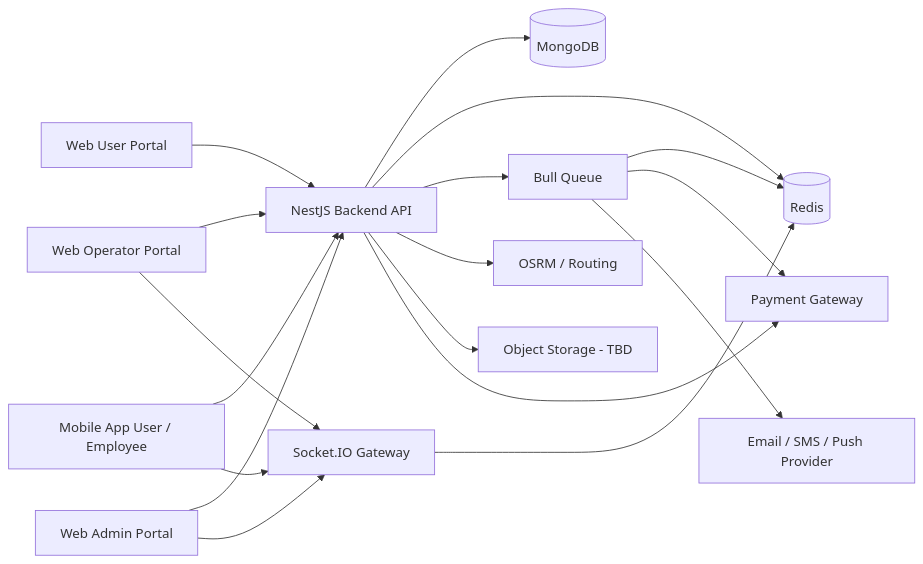
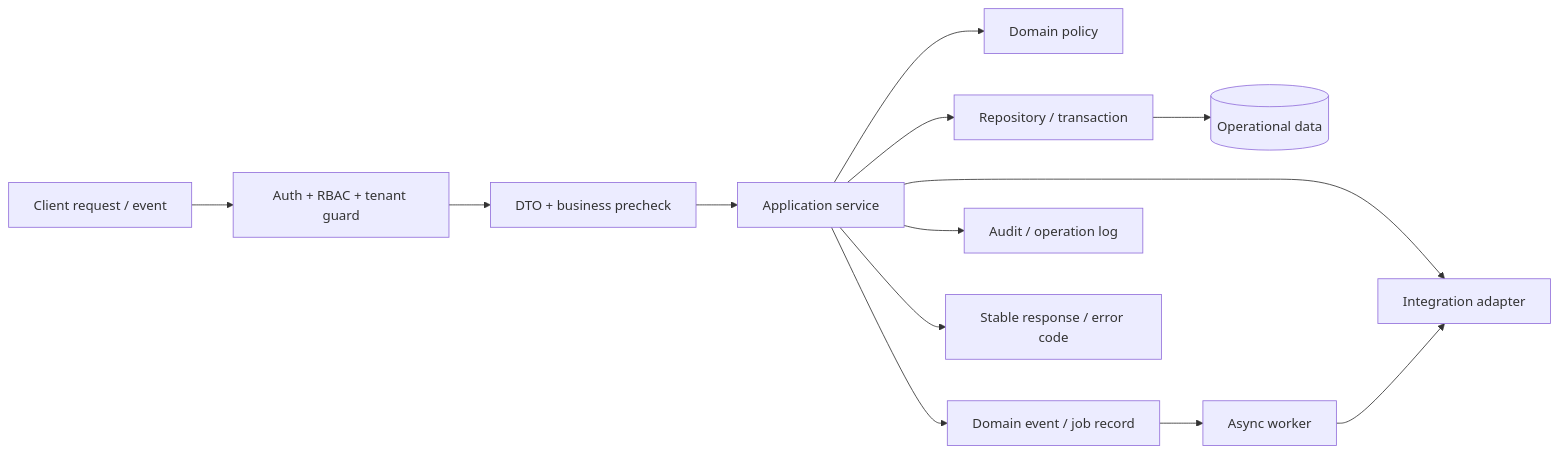
The second of 8 diagrams in doc/vi/SDLC/02-hld-he-thong-dat-ve-xe-khach.md (nhkhanhyn0410/Ve_Xe_Nhanh_NestJS_NextJs_ReactNative), drawn with Mermaid before and after one commit. The commit also changed other lines of this file and 3 other files, not shown here.

````diff
--- a/doc/vi/SDLC/02-hld-he-thong-dat-ve-xe-khach.md
+++ b/doc/vi/SDLC/02-hld-he-thong-dat-ve-xe-khach.md
@@ -116,36 +373,15 @@
 ```mermaid
 flowchart LR
-    WebUser[Web User Portal]
-    WebOperator[Web Operator Portal]
-    WebAdmin[Web Admin Portal]
-    Mobile[Mobile App User / Employee]
-
-    Api[NestJS Backend API]
-    Realtime[Socket.IO Gateway]
-    Queue[Bull Queue]
-    Redis[(Redis)]
-    Mongo[(MongoDB)]
-    OSRM[OSRM / Routing]
-    Payment[Payment Gateway]
-    Notify[Email / SMS / Push Provider]
-    Storage[Object Storage - TBD]
-
-    WebUser --> Api
-    WebOperator --> Api
-    WebAdmin --> Api
-    Mobile --> Api
-    Mobile --> Realtime
-    WebOperator --> Realtime
-    WebAdmin --> Realtime
-
-    Api --> Mongo
-    Api --> Redis
-    Api --> Queue
-    Queue --> Redis
-    Queue --> Payment
-    Queue --> Notify
-    Api --> OSRM
-    Api --> Storage
-    Api --> Payment
-    Realtime --> Redis
+    Req[Client request / event] --> Guard[Auth + RBAC + tenant guard]
+    Guard --> Validate[DTO + business precheck]
+    Validate --> UseCase[Application service]
+    UseCase --> Policy[Domain policy]
+    UseCase --> Repo[Repository / transaction]
+    UseCase --> Adapter[Integration adapter]
+    UseCase --> Event[Domain event / job record]
+    Repo --> Store[(Operational data)]
+    Event --> Worker[Async worker]
+    Worker --> Adapter
+    UseCase --> Audit[Audit / operation log]
+    UseCase --> Resp[Stable response / error code]
 ```
````
